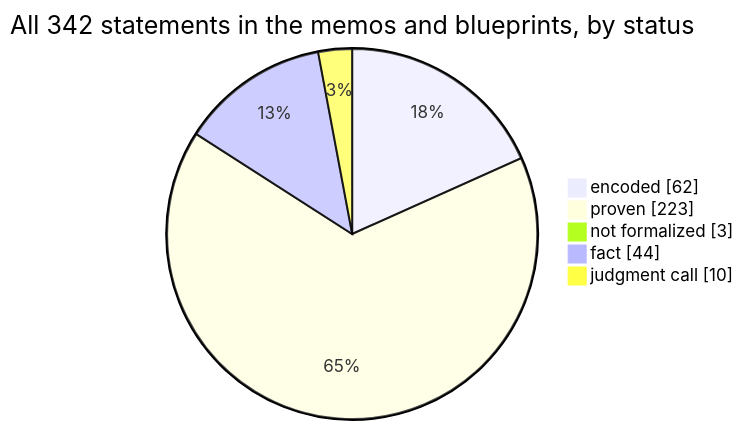
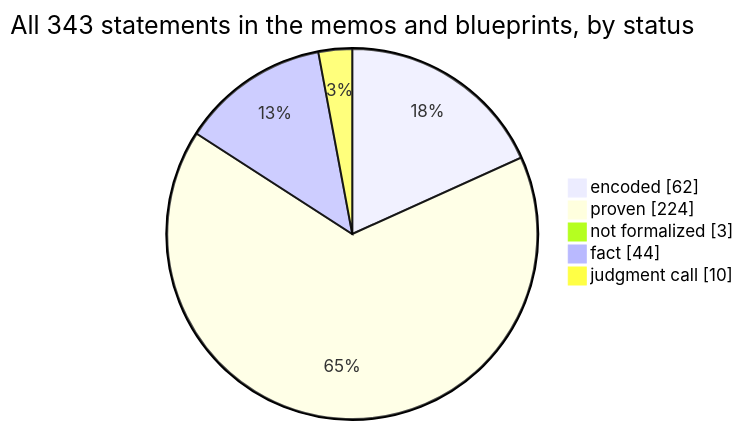
Before and after one commit to SeanWMurray/Canteen: the first of 4 diagrams in docs/graphs/dashboard.md, drawn with Mermaid. The commit also changed other lines of this file and 14 other files, not shown here.

````diff
--- a/docs/graphs/dashboard.md
+++ b/docs/graphs/dashboard.md
@@ -11,8 +11,8 @@
 ```mermaid
-pie showData title All 342 statements in the memos and blueprints, by status
+pie showData title All 343 statements in the memos and blueprints, by status
     "encoded" : 62
-    "proven" : 223
+    "proven" : 224
     "not formalized" : 3
     "fact" : 44
     "judgment call" : 10
 ```
````
